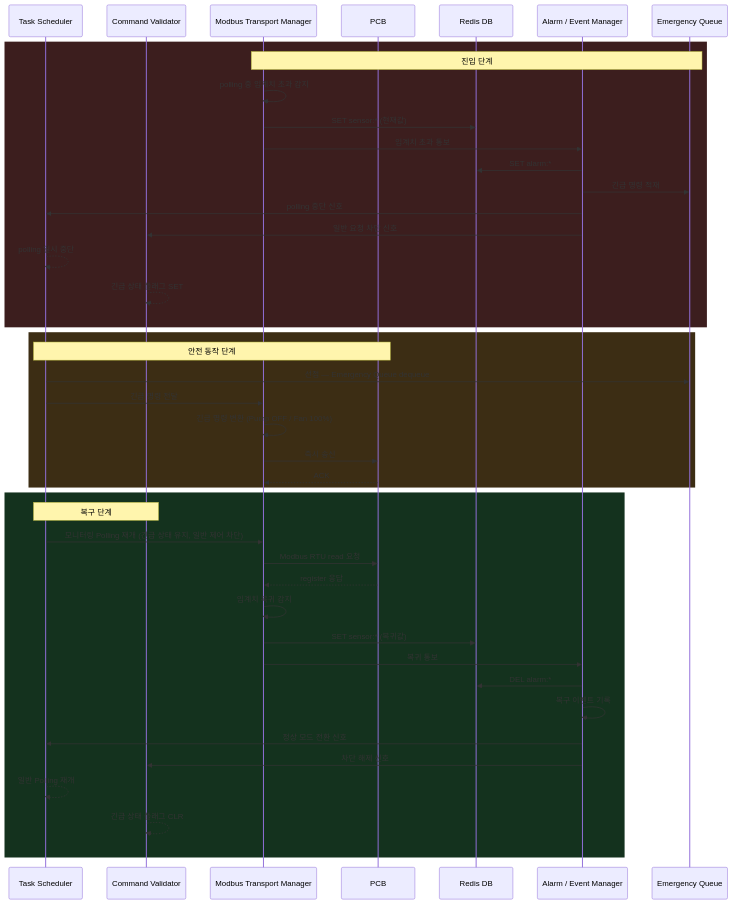
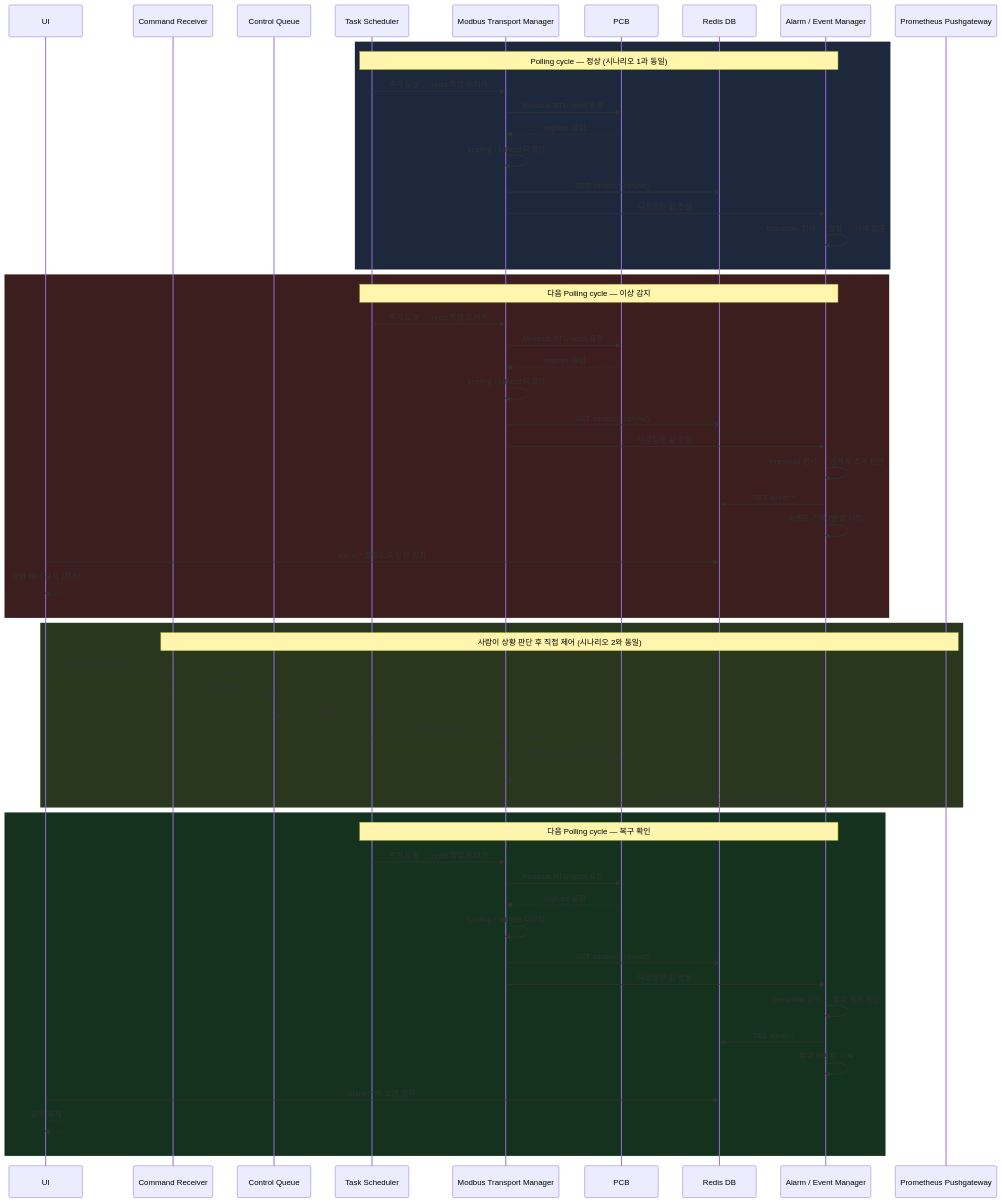
The third of 3 diagrams in docs/PCG.md (DEEPGadget/L2A_CDU_system), drawn with Mermaid before and after one commit. The commit also changed other lines of this file, not shown here.

````diff
--- a/docs/PCG.md
+++ b/docs/PCG.md
@@ -225,48 +229,64 @@
 ```mermaid
 sequenceDiagram
-    participant PS as Task Scheduler
-    participant CV as Command Validator
+    participant UI as UI
+    participant CR as Command Receiver
+    participant CQ as Control Queue
+    participant TS as Task Scheduler
     participant MTM as Modbus Transport Manager
     participant PCB as PCB
     participant Redis as Redis DB
     participant AEM as Alarm / Event Manager
-    participant EQ as Emergency Queue
+    participant PGW as Prometheus Pushgateway
+
+    rect rgb(30, 40, 60)
+        Note over TS,AEM: Polling cycle — 정상 (시나리오 1과 동일)
+        TS->>MTM: 주기 도달 → read 작업 트리거
+        MTM->>PCB: Modbus RTU read 요청
+        PCB-->>MTM: register 응답
+        MTM->>MTM: scaling / bitfield 디코딩
+        MTM-)Redis: SET sensor:* (async)
+        MTM->>AEM: 디코딩된 값 전달
+        AEM->>AEM: threshold 검사 → 정상 → 처리 없음
+    end
 
     rect rgb(60, 30, 30)
-        Note over MTM,EQ: 진입 단계
-        MTM->>MTM: polling 중 임계치 초과 감지
-        MTM->>Redis: SET sensor:* (현재값)
-        MTM->>AEM: 임계치 초과 통보
+        Note over TS,AEM: 다음 Polling cycle — 이상 감지
+        TS->>MTM: 주기 도달 → read 작업 트리거
+        MTM->>PCB: Modbus RTU read 요청
+        PCB-->>MTM: register 응답
+        MTM->>MTM: scaling / bitfield 디코딩
+        MTM-)Redis: SET sensor:* (async)
+        MTM->>AEM: 디코딩된 값 전달
+        AEM->>AEM: threshold 검사 → 임계치 초과 판단
         AEM->>Redis: SET alarm:*
-        AEM->>EQ: 긴급 명령 적재
-        AEM->>PS: polling 중단 신호
-        AEM->>CV: 일반 요청 차단 신호
-        PS-->>PS: polling 일시 중단
-        CV-->>CV: 긴급 상태 플래그 SET
+        AEM->>AEM: 이벤트 기록 (발생 시점)
+        UI->>Redis: alarm:* 폴링으로 알람 감지
+        UI-->>UI: 알람 배너 표시 (강조)
     end
 
-    rect rgb(60, 45, 20)
-        Note over PS,PCB: 안전 동작 단계
-        PS->>EQ: 선점 — Emergency Queue dequeue
-        PS->>MTM: 긴급 명령 전달
-        MTM->>MTM: 긴급 명령 변환 (Pump OFF / Fan 100%)
-        MTM->>PCB: 즉시 송신
-        PCB-->>MTM: ACK
+    rect rgb(40, 55, 30)
+        Note over CR,PGW: 사람이 상황 판단 후 직접 제어 (시나리오 2와 동일)
+        UI->>CR: 제어 요청 (IPC / REST API)
+        CR->>CQ: 요청 적재
+        TS->>CQ: dequeue
+        TS->>MTM: 제어 요청 전달
+        MTM->>PCB: Modbus RTU write 요청
+        PCB-->>MTM: ACK / NACK
+        MTM->>PGW: POST control_cmd_* (value, result label, ts)
     end
 
     rect rgb(20, 50, 30)
-        Note over PS,CV: 복구 단계
-        PS->>MTM: 모니터링 Polling 재개 (긴급 상태 유지, 일반 제어 차단)
+        Note over TS,AEM: 다음 Polling cycle — 복구 확인
+        TS->>MTM: 주기 도달 → read 작업 트리거
         MTM->>PCB: Modbus RTU read 요청
         PCB-->>MTM: register 응답
-        MTM->>MTM: 임계치 복귀 감지
-        MTM->>Redis: SET sensor:* (복귀값)
-        MTM->>AEM: 복귀 통보
+        MTM->>MTM: scaling / bitfield 디코딩
+        MTM-)Redis: SET sensor:* (async)
+        MTM->>AEM: 디코딩된 값 전달
+        AEM->>AEM: threshold 검사 → 정상 복귀 판단
         AEM->>Redis: DEL alarm:*
         AEM->>AEM: 복구 이벤트 기록
-        AEM->>PS: 정상 모드 전환 신호
-        AEM->>CV: 차단 해제 신호
-        PS-->>PS: 일반 Polling 재개
-        CV-->>CV: 긴급 상태 플래그 CLR
+        UI->>Redis: alarm:* 키 소멸 감지
+        UI-->>UI: 알람 해제
     end
 ```
````
